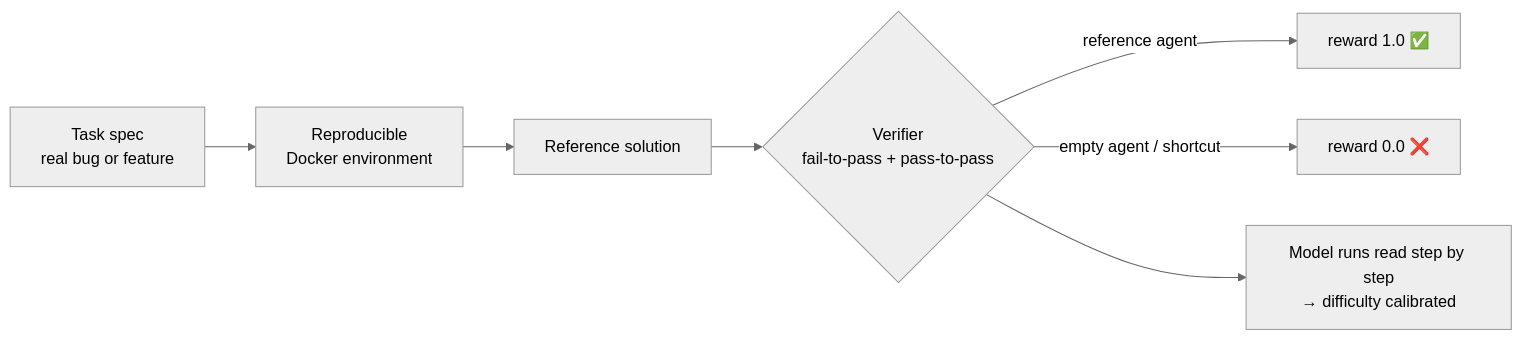
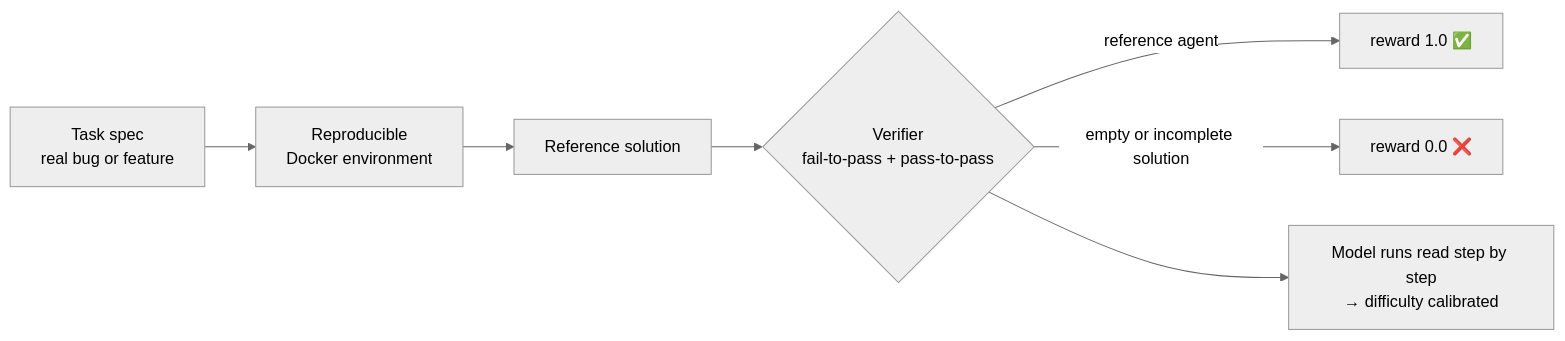
Before and after one commit to glauccoeng-prog/glauccoeng-prog: the diagram in README.md, drawn with Mermaid (neutral theme). The commit also changed other lines of this file, not shown here.

````diff
--- a/README.md
+++ b/README.md
@@ -17,9 +17,9 @@
 ```mermaid
 flowchart LR
   A["Task spec<br/>real bug or feature"] --> B["Reproducible<br/>Docker environment"]
   B --> C["Reference solution"]
   C --> D{"Verifier<br/>fail-to-pass + pass-to-pass"}
   D -->|"reference agent"| E["reward 1.0 ✅"]
-  D -->|"empty agent / shortcut"| F["reward 0.0 ❌"]
+  D -->|"empty or incomplete solution"| F["reward 0.0 ❌"]
   D --> G["Model runs read step by step<br/>→ difficulty calibrated"]
 ```
````
